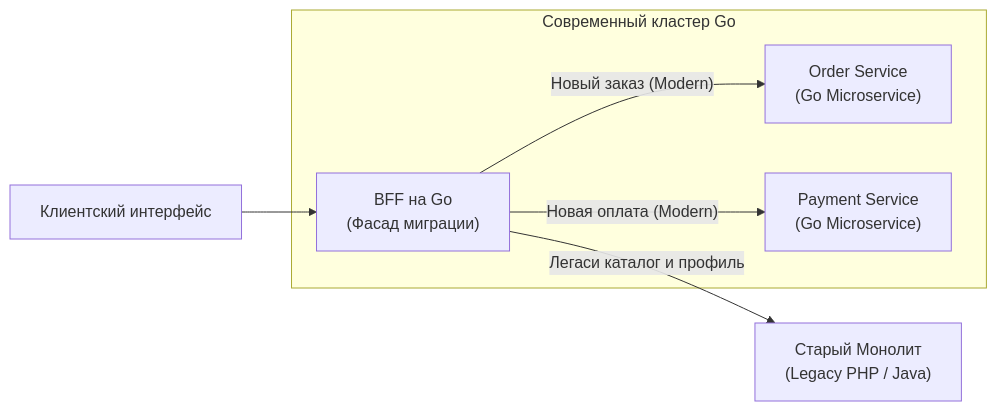
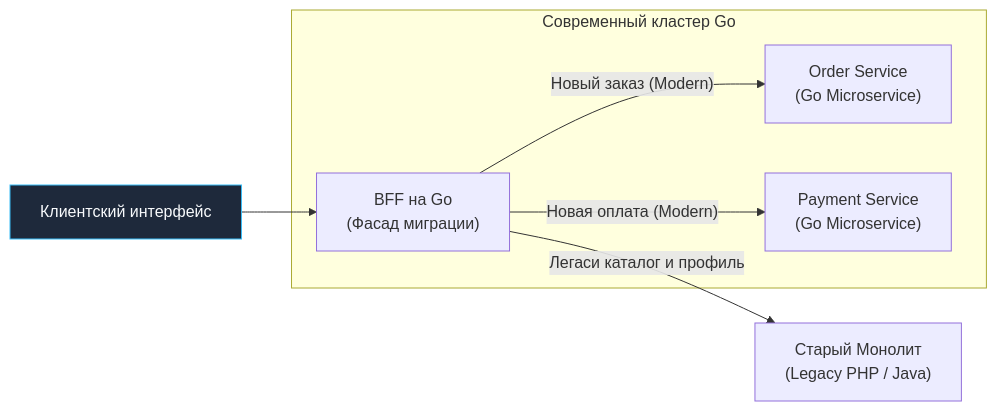
The second of 2 diagrams in sources/14. Распределенные системы на Go/09. Паттерны/6. Backend for frontend.md (UnrealTemplier/go-textbook), drawn with Mermaid before and after one commit. The commit also changed other lines of this file and 1666 other files, not shown here.

First line of the commit message:
feat(mermaid): add semantic color classDef to 1369 colorless flowchart/graph diagrams

````diff
--- a/sources/14. Распределенные системы на Go/09. Паттерны/6. Backend for frontend.md
+++ b/sources/14. Распределенные системы на Go/09. Паттерны/6. Backend for frontend.md
@@ -68,15 +78,25 @@
 ```mermaid
 flowchart LR
-    Client["Клиентский интерфейс"] --> BFF["BFF на Go<br>(Фасад миграции)"]
+    classDef process  fill:#1e293b,stroke:#38bdf8,stroke-width:1px,color:#f8fafc
+    classDef success  fill:#064e3b,stroke:#34d399,stroke-width:1px,color:#f8fafc
+    classDef error    fill:#7f1d1d,stroke:#f87171,stroke-width:1px,color:#f8fafc
+    classDef warning  fill:#78350f,stroke:#fbbf24,stroke-width:1px,color:#f8fafc
+    classDef entry    fill:#1e3a5f,stroke:#38bdf8,stroke-width:2px,color:#f8fafc
+    classDef aux      fill:#334155,stroke:#64748b,stroke-width:1px,color:#f8fafc
+    classDef system   fill:#312e81,stroke:#a78bfa,stroke-width:1px,color:#f8fafc
+    classDef data     fill:#132d29,stroke:#2dd4bf,stroke-width:1px,color:#f8fafc
+    classDef network  fill:#881337,stroke:#fb7185,stroke-width:1px,color:#f8fafc
+    classDef accent   fill:#1e1b4b,stroke:#818cf8,stroke-width:1px,color:#f8fafc
+    Client["Клиентский интерфейс"]:::process --> BFF["BFF на Go<br>(Фасад миграции)"]
     
     BFF -- "Новый заказ (Modern)" --> NewOrder["Order Service<br>(Go Microservice)"]
     BFF -- "Новая оплата (Modern)" --> NewPay["Payment Service<br>(Go Microservice)"]
     
     BFF -- "Легаси каталог и профиль" --> Legacy["Старый Монолит<br>(Legacy PHP / Java)"]
     
     subgraph "Современный кластер Go"
         BFF
         NewOrder
         NewPay
     end
 ```
````
